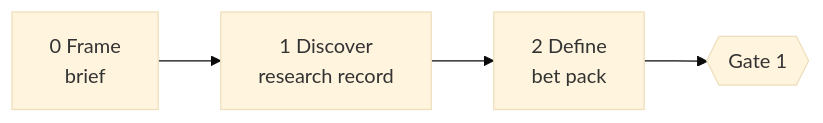
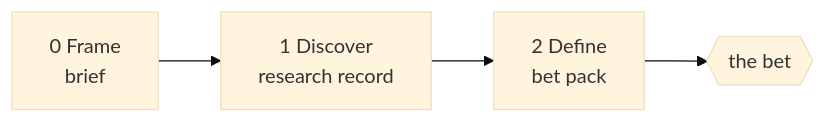
Before and after one commit to sultanassi95/mission-control: the diagram in .claude/skills/product-flow/phases/01-frame-discover-define.md, drawn with Mermaid (base theme). The commit also changed other lines of this file and 6 other files, not shown here.

First line of the commit message:
feat(mc-091): add a design gate to /product-flow, and name every gate instead of numbering it

````diff
--- a/.claude/skills/product-flow/phases/01-frame-discover-define.md
+++ b/.claude/skills/product-flow/phases/01-frame-discover-define.md
@@ -6,4 +6,4 @@
 ```mermaid
 flowchart LR
-  F[0 Frame<br/>brief] --> D[1 Discover<br/>research record] --> DF[2 Define<br/>bet pack] --> G1{{Gate 1}}
+  F[0 Frame<br/>brief] --> D[1 Discover<br/>research record] --> DF[2 Define<br/>bet pack] --> G1{{the bet}}
 ```
````
